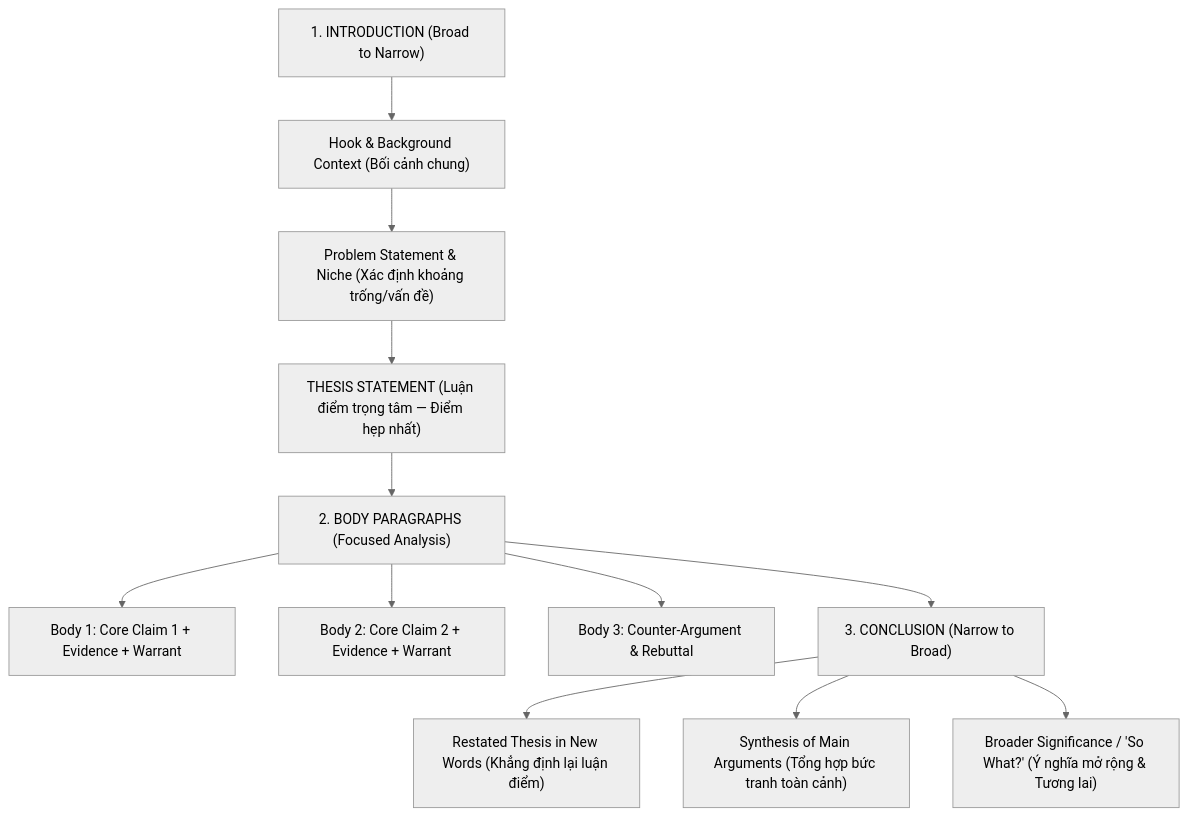
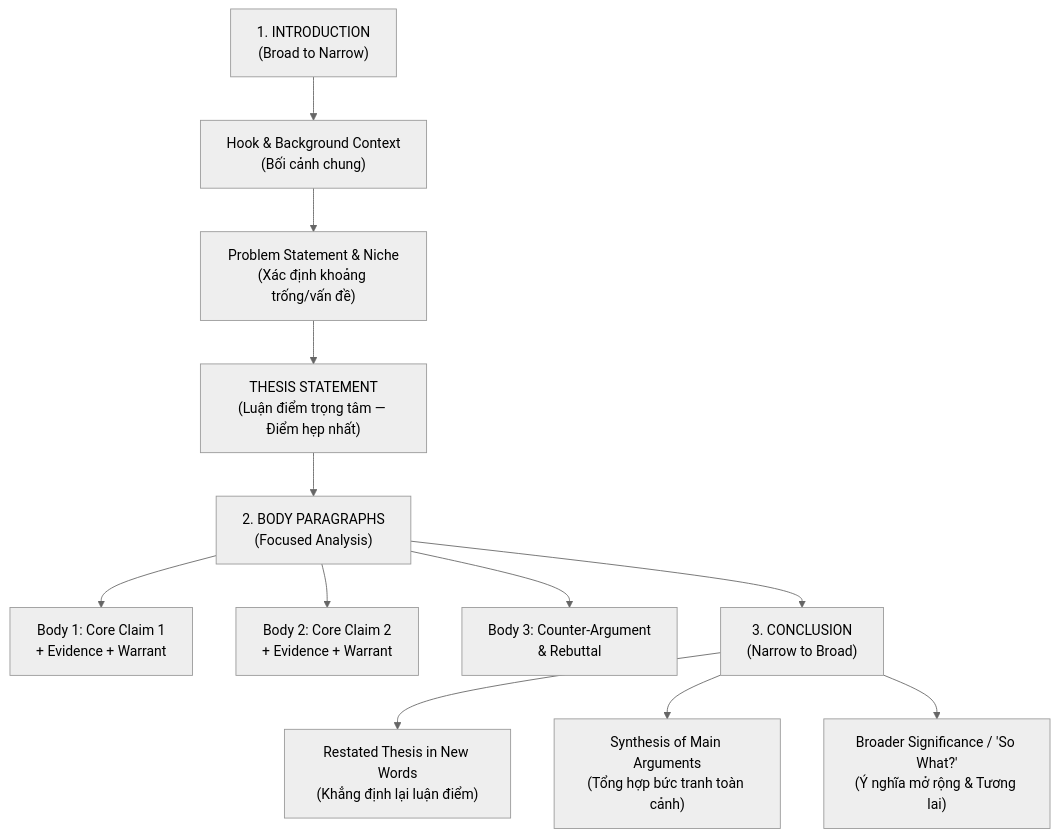
The first of 2 diagrams in content/magazines/magazine01_academic_writing_blueprint.md (jimytao/ai-learning-module-template-Chinese), drawn with Mermaid (neutral theme) before and after one commit. The commit also changed other lines of this file and 6 other files, not shown here.

First line of the commit message:
fix(viz): fix flowchart node vertical centering & standardize content naming

````diff
--- a/content/magazines/magazine01_academic_writing_blueprint.md
+++ b/content/magazines/magazine01_academic_writing_blueprint.md
@@ -39,16 +39,16 @@
 ```mermaid
 flowchart TD
-  Intro["1. INTRODUCTION (Broad to Narrow)"] --> Hook["Hook & Background Context (Bối cảnh chung)"]
-  Hook --> Problem["Problem Statement & Niche (Xác định khoảng trống/vấn đề)"]
-  Problem --> Thesis["THESIS STATEMENT (Luận điểm trọng tâm — Điểm hẹp nhất)"]
+  Intro["1. INTRODUCTION<br/>(Broad to Narrow)"] --> Hook["Hook & Background Context<br/>(Bối cảnh chung)"]
+  Hook --> Problem["Problem Statement & Niche<br/>(Xác định khoảng trống/vấn đề)"]
+  Problem --> Thesis["THESIS STATEMENT<br/>(Luận điểm trọng tâm — Điểm hẹp nhất)"]
   
-  Thesis --> Body["2. BODY PARAGRAPHS (Focused Analysis)"]
-  Body --> P1["Body 1: Core Claim 1 + Evidence + Warrant"]
-  Body --> P2["Body 2: Core Claim 2 + Evidence + Warrant"]
-  Body --> P3["Body 3: Counter-Argument & Rebuttal"]
+  Thesis --> Body["2. BODY PARAGRAPHS<br/>(Focused Analysis)"]
+  Body --> P1["Body 1: Core Claim 1<br/>+ Evidence + Warrant"]
+  Body --> P2["Body 2: Core Claim 2<br/>+ Evidence + Warrant"]
+  Body --> P3["Body 3: Counter-Argument<br/>& Rebuttal"]
   
-  Body --> Conc["3. CONCLUSION (Narrow to Broad)"]
-  Conc --> Restate["Restated Thesis in New Words (Khẳng định lại luận điểm)"]
-  Conc --> Synthesis["Synthesis of Main Arguments (Tổng hợp bức tranh toàn cảnh)"]
-  Conc --> SoWhat["Broader Significance / 'So What?' (Ý nghĩa mở rộng & Tương lai)"]
+  Body --> Conc["3. CONCLUSION<br/>(Narrow to Broad)"]
+  Conc --> Restate["Restated Thesis in New Words<br/>(Khẳng định lại luận điểm)"]
+  Conc --> Synthesis["Synthesis of Main Arguments<br/>(Tổng hợp bức tranh toàn cảnh)"]
+  Conc --> SoWhat["Broader Significance / 'So What?'<br/>(Ý nghĩa mở rộng & Tương lai)"]
 ```
````
